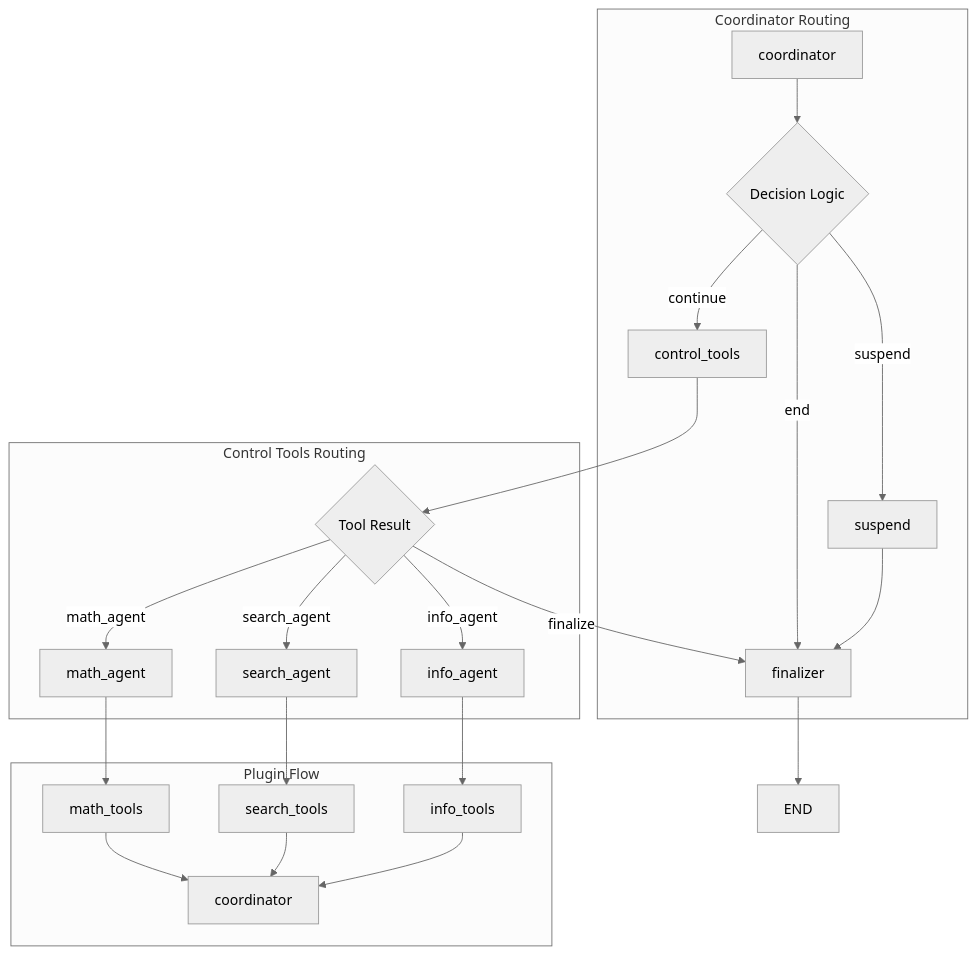
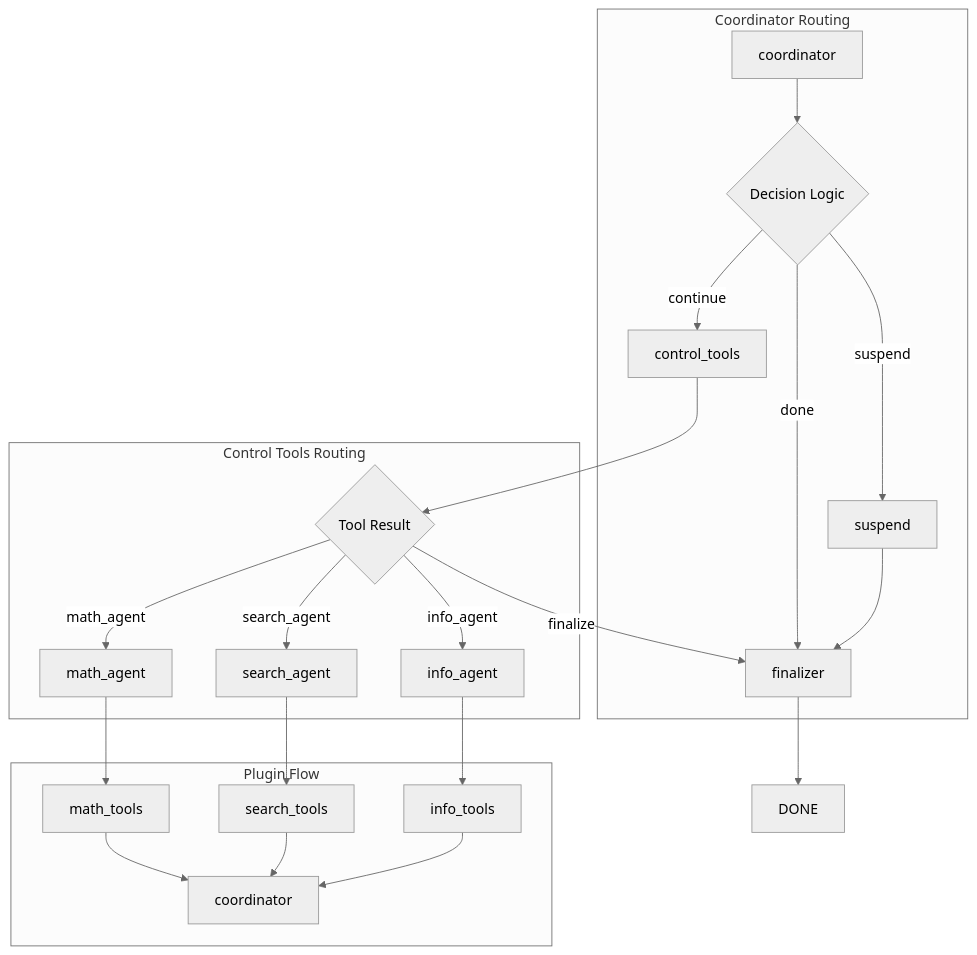
Before and after one commit to jonaskahn/cadence: the fourth of 19 diagrams in docs/concepts/langgraph-architecture.md, drawn with Mermaid (neutral theme). The commit also changed other lines of this file and 40 other files, not shown here.

````diff
--- a/docs/concepts/langgraph-architecture.md
+++ b/docs/concepts/langgraph-architecture.md
@@ -138,29 +138,29 @@
 ```mermaid
 graph TB
     subgraph "Coordinator Routing"
         A[coordinator] --> B{Decision Logic}
         B -->|continue| C[control_tools]
         B -->|suspend| D[suspend]
-        B -->|end| E[finalizer]
+        B -->|done| E[finalizer]
     end
     
     subgraph "Control Tools Routing"
         C --> F{Tool Result}
         F -->|math_agent| G[math_agent]
         F -->|search_agent| H[search_agent]
         F -->|info_agent| I[info_agent]
         F -->|finalize| E
     end
     
     subgraph "Plugin Flow"
         G --> K[math_tools]
         H --> L[search_tools]
         I --> M[info_tools]
         K --> N[coordinator]
         L --> N
         M --> N
     end
     
     D --> E
-    E --> O[END]
+    E --> O[DONE]
 ```
````
